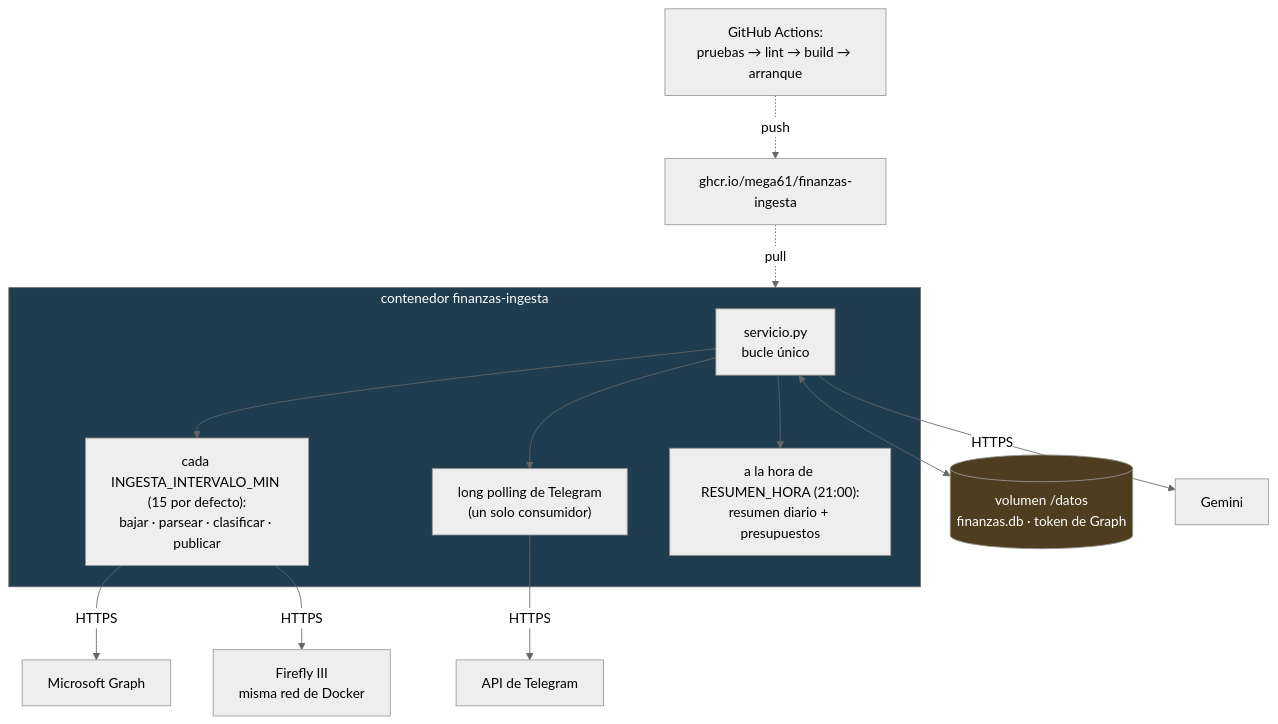
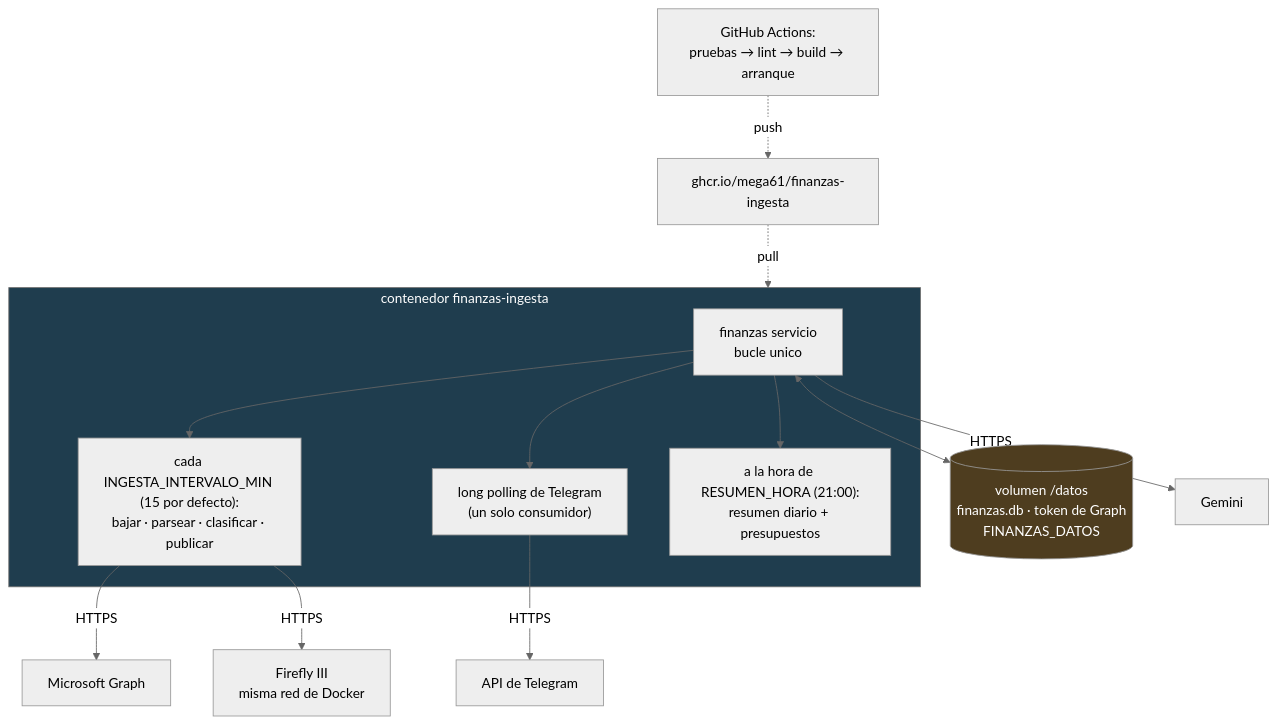
Before and after one commit to Mega61/finanzas-ingesta: the fourth of 4 diagrams in docs/arquitectura.md, drawn with Mermaid (neutral theme). The commit also changed other lines of this file and 76 other files, not shown here.

````diff
--- a/docs/arquitectura.md
+++ b/docs/arquitectura.md
@@ -187,23 +210,23 @@
 ```mermaid
 flowchart TB
     subgraph C["contenedor finanzas-ingesta"]
-        LOOP[servicio.py<br/>bucle único]
+        LOOP["finanzas servicio<br/>bucle unico"]
         LOOP --> T1["cada INGESTA_INTERVALO_MIN (15 por defecto):<br/>bajar · parsear · clasificar · publicar"]
         LOOP --> T2["long polling de Telegram<br/>(un solo consumidor)"]
         LOOP --> T3["a la hora de RESUMEN_HORA (21:00):<br/>resumen diario + presupuestos"]
     end
 
-    VOL[("volumen /datos<br/>finanzas.db · token de Graph")]
+    VOL[("volumen /datos<br/>finanzas.db · token de Graph<br/>FINANZAS_DATOS")]
     LOOP <--> VOL
 
     T1 -->|HTTPS| MS[Microsoft Graph]
     T1 -->|HTTPS| FF[Firefly III<br/>misma red de Docker]
     T2 -->|HTTPS| TG[API de Telegram]
     LOOP -->|HTTPS| GEM[Gemini]
 
     GHCR[ghcr.io/mega61/finanzas-ingesta] -.->|pull| C
     CI[GitHub Actions:<br/>pruebas → lint → build → arranque] -.->|push| GHCR
 
     style C fill:#1f3d4e,color:#fff
     style VOL fill:#4e3d1f,color:#fff
 ```
````
